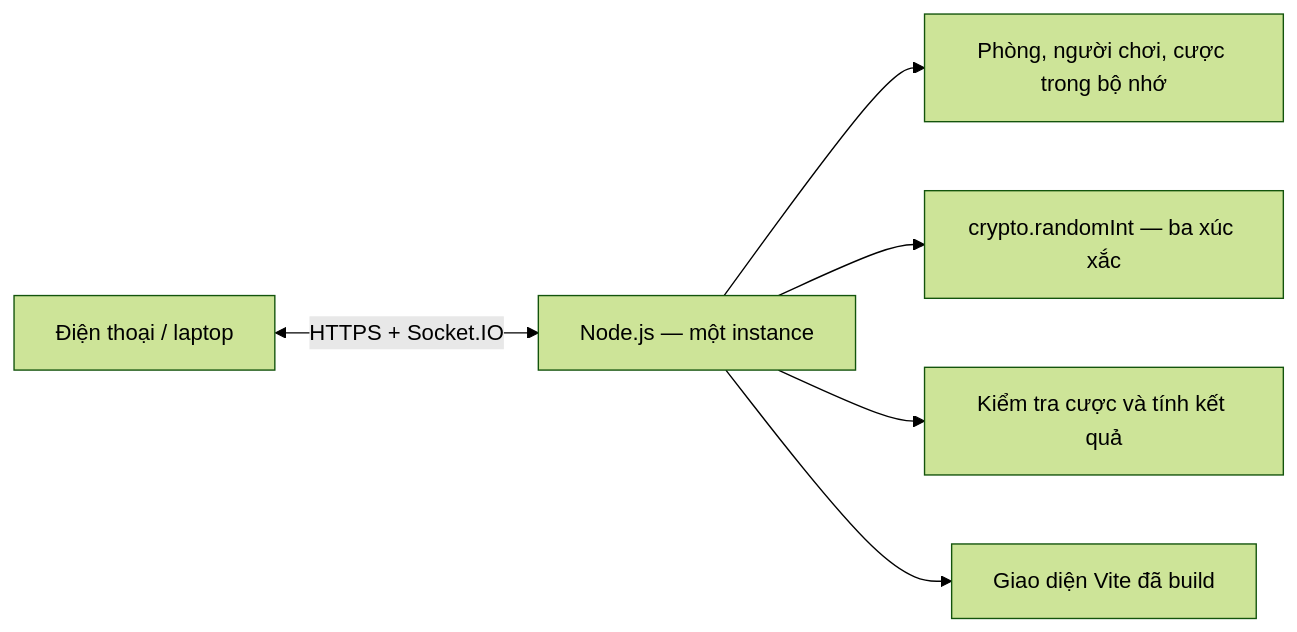
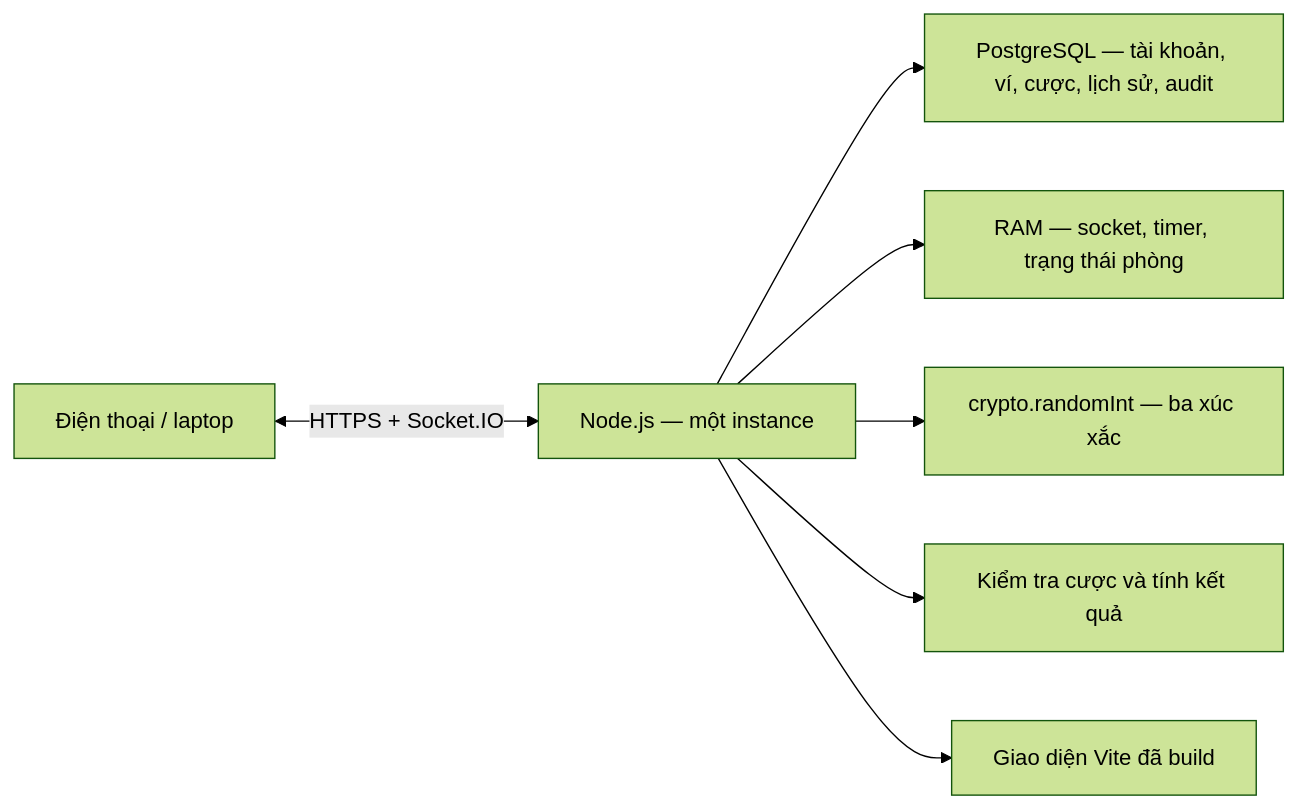
Before and after one commit to NamICT135/BAU-CUA-ARENA-ONLINE: the diagram in README.md, drawn with Mermaid (forest theme). The commit also changed other lines of this file and 132 other files, not shown here.

````diff
--- a/README.md
+++ b/README.md
@@ -43,8 +44,9 @@
 ```mermaid
 flowchart LR
   A[Điện thoại / laptop] <-->|HTTPS + Socket.IO| B[Node.js — một instance]
-  B --> C[Phòng, người chơi, cược trong bộ nhớ]
+  B --> C[PostgreSQL — tài khoản, ví, cược, lịch sử, audit]
+  B --> R[RAM — socket, timer, trạng thái phòng]
   B --> D[crypto.randomInt — ba xúc xắc]
   B --> E[Kiểm tra cược và tính kết quả]
   B --> F[Giao diện Vite đã build]
 ```
````
